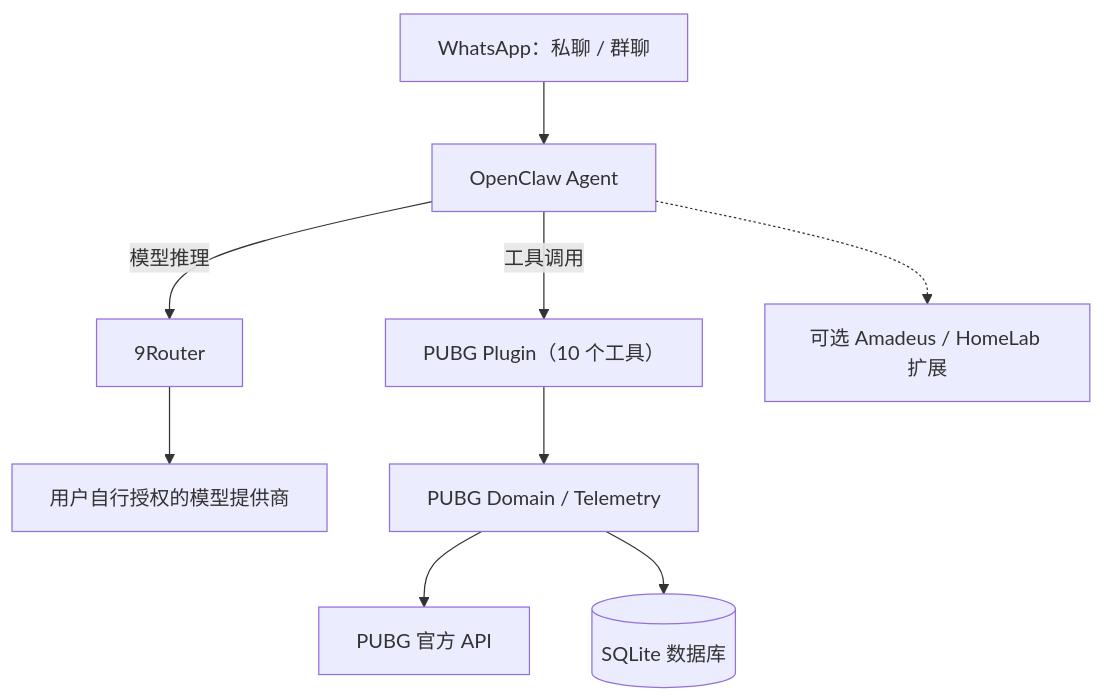
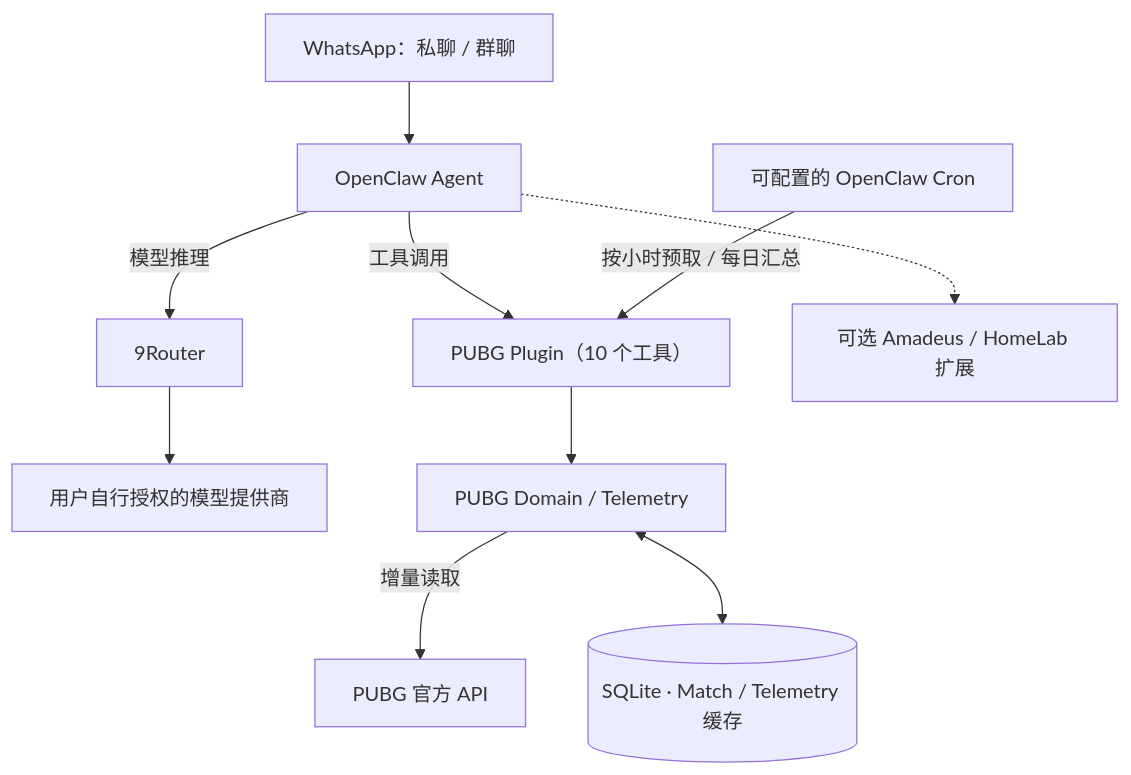
The diagram in README.md (ChristmasFox/amadeus-home), drawn with Mermaid before and after one commit. The commit also changed other lines of this file, not shown here.

Commit message:
docs: highlight PUBG SQLite caching, incremental match sync, and scheduled Telemetry prefetch

````diff
--- a/README.md
+++ b/README.md
@@ -42,11 +97,12 @@
 ```mermaid
 flowchart TB
   W["WhatsApp：私聊 / 群聊"] --> O["OpenClaw Agent"]
   O -->|"模型推理"| R["9Router"]
   R --> M["用户自行授权的模型提供商"]
   O -->|"工具调用"| P["PUBG Plugin（10 个工具）"]
   P --> D["PUBG Domain / Telemetry"]
-  D --> A["PUBG 官方 API"]
-  D --> DB[("SQLite 数据库")]
+  D -->|"增量读取"| A["PUBG 官方 API"]
+  D <--> DB[("SQLite · Match / Telemetry 缓存")]
+  C["可配置的 OpenClaw Cron"] -->|"按小时预取 / 每日汇总"| P
   O -.-> X["可选 Amadeus / HomeLab 扩展"]
 ```
````
